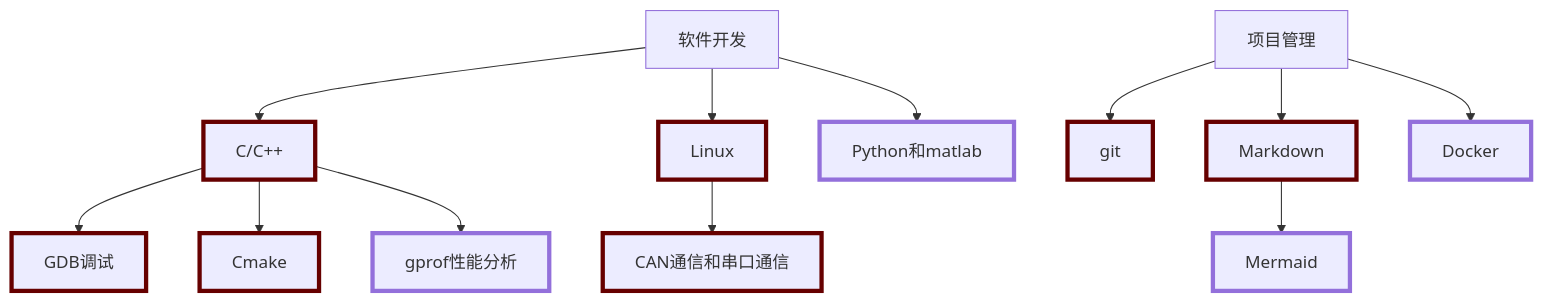
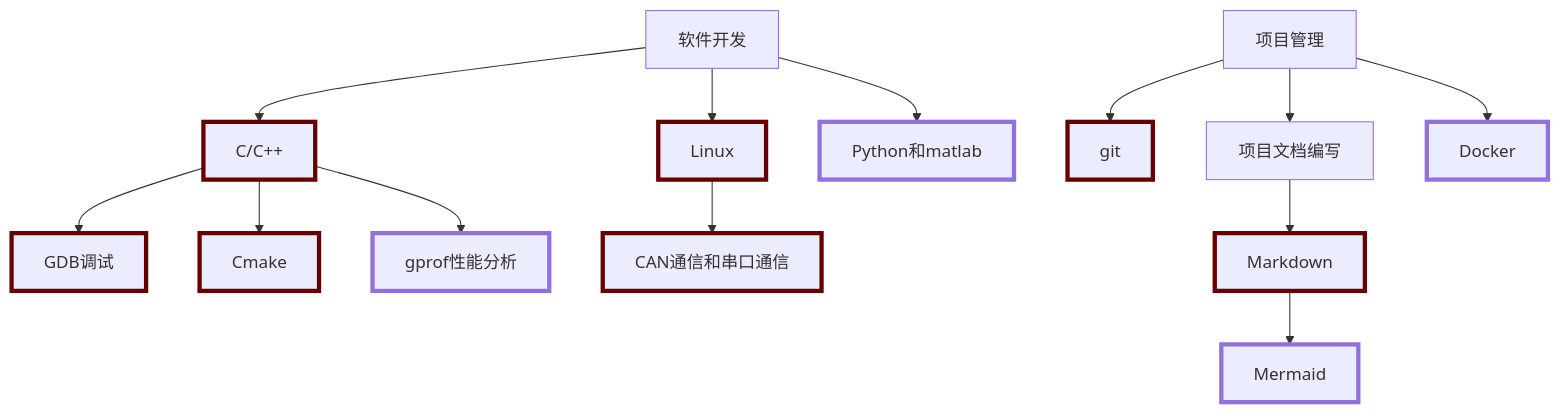
One commit to IRobot-Algorithm/GUIDE changed the third of 6 diagrams in README.md. Above: the diagram before and after it, drawn with Mermaid. The commit also changed other lines of this file, not shown here.

````diff
--- a/README.md
+++ b/README.md
@@ -35,32 +53,33 @@
 ```mermaid
 graph TD;
     A[软件开发] --> B[C/C++];
     A --> F[Linux];
     A --> H[Python和matlab];
 
     B --> C[GDB调试];
     B --> E[Cmake];
     B --> D[gprof性能分析];
  
     F --> G[CAN通信和串口通信];
     
     I[项目管理] --> J[git];
-    I --> K[Markdown];
+    I --> N[项目文档编写] --> K[Markdown];
     I --> M[Docker];
+    
 
     K --> L[Mermaid];
 
 style B stroke:#600,stroke-width:4px
 style C stroke:#600,stroke-width:4px
 style D stroke:#1,stroke-width:4px
 style E stroke:#600,stroke-width:4px
 style F stroke:#600,stroke-width:4px
 style G stroke:#600,stroke-width:4px
 style H stroke:#1,stroke-width:4px
 
 style J stroke:#600,stroke-width:4px
 style K stroke:#600,stroke-width:4px
 style L stroke:#1,stroke-width:4px
 style M stroke:#1,stroke-width:4px
 
 ```
````
